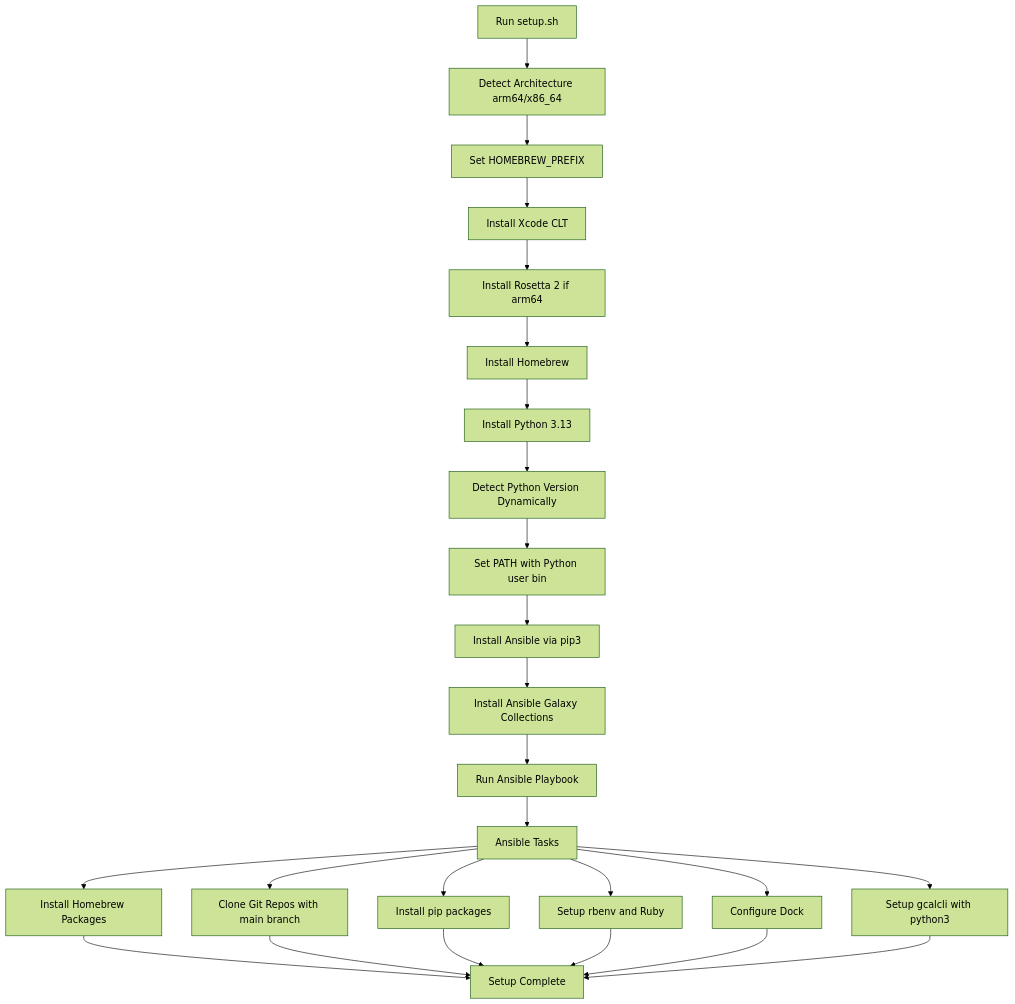
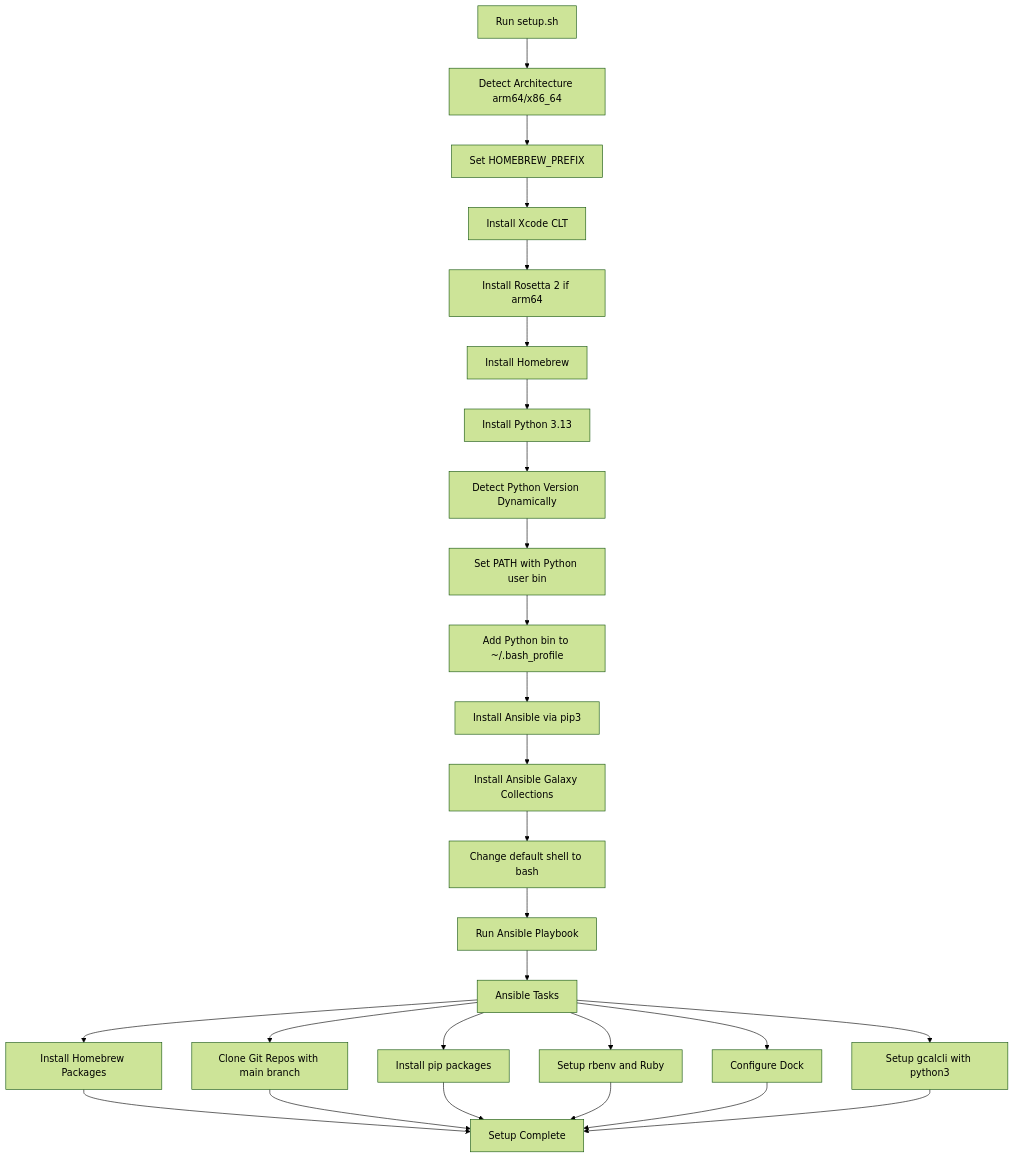
One commit to washingtoneg/my-osx-setup changed the diagram in README.md. Above: the diagram before and after it, drawn with Mermaid (forest theme). The commit also changed other lines of this file and 3 other files, not shown here.

First line of the commit message:
fix: dynamically detect Python version for PATH config

````diff
--- a/README.md
+++ b/README.md
@@ -82,29 +82,31 @@
 ```mermaid
 flowchart TD
     Start[Run setup.sh] --> DetectArch[Detect Architecture arm64/x86_64]
     DetectArch --> SetHomebrew[Set HOMEBREW_PREFIX]
     SetHomebrew --> InstallXcode[Install Xcode CLT]
     InstallXcode --> InstallRosetta[Install Rosetta 2 if arm64]
     InstallRosetta --> InstallHomebrew[Install Homebrew]
     InstallHomebrew --> InstallPython[Install Python 3.13]
     InstallPython --> DetectPyVersion[Detect Python Version Dynamically]
     DetectPyVersion --> SetPath[Set PATH with Python user bin]
-    SetPath --> InstallAnsible[Install Ansible via pip3]
+    SetPath --> AddPathToProfile[Add Python bin to ~/.bash_profile]
+    AddPathToProfile --> InstallAnsible[Install Ansible via pip3]
     InstallAnsible --> InstallCollections[Install Ansible Galaxy Collections]
-    InstallCollections --> RunAnsible[Run Ansible Playbook]
+    InstallCollections --> ChangeToBash[Change default shell to bash]
+    ChangeToBash --> RunAnsible[Run Ansible Playbook]
     RunAnsible --> AnsibleTasks[Ansible Tasks]
     
     AnsibleTasks --> HomebrewPackages[Install Homebrew Packages]
     AnsibleTasks --> GitRepos[Clone Git Repos with main branch]
     AnsibleTasks --> PipPackages[Install pip packages]
     AnsibleTasks --> RubySetup[Setup rbenv and Ruby]
     AnsibleTasks --> DockSetup[Configure Dock]
     AnsibleTasks --> GcalcliSetup[Setup gcalcli with python3]
     
     HomebrewPackages --> Done[Setup Complete]
     GitRepos --> Done
     PipPackages --> Done
     RubySetup --> Done
     DockSetup --> Done
     GcalcliSetup --> Done
 ```
````
